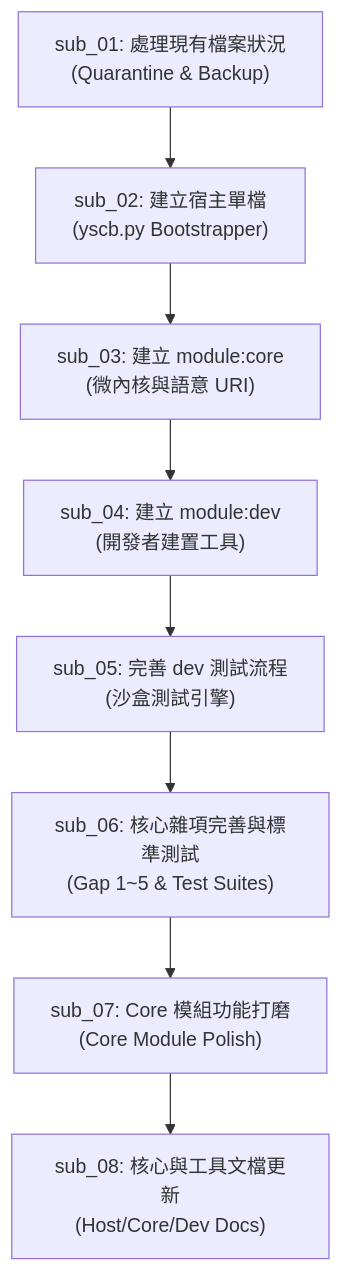
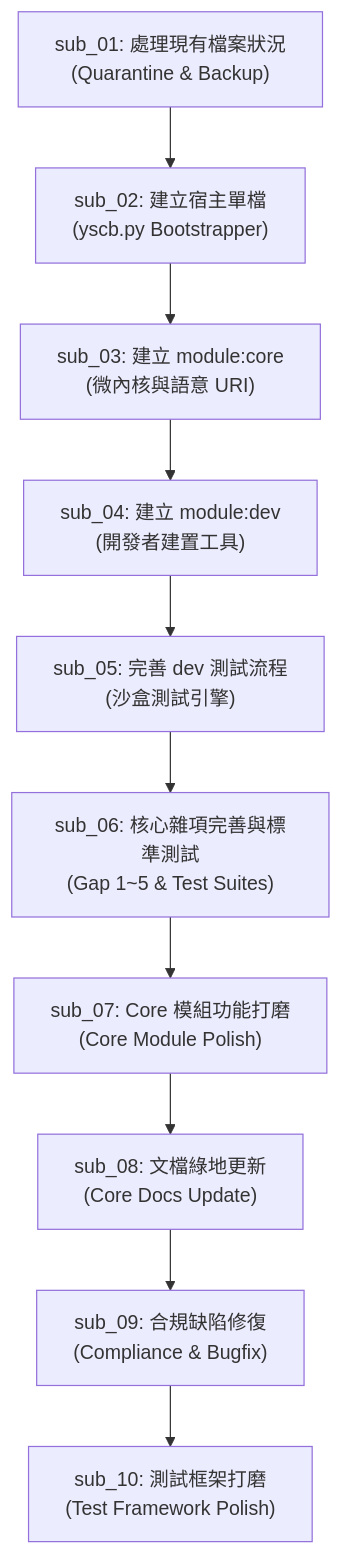
One commit to ysnaive/ys-codebase changed the diagram in plans/2026_08_23_2030_architecture_refactor/umbrella_overview.md. Above: the diagram before and after it, drawn with Mermaid. The commit also changed other lines of this file and 55 other files, not shown here.

Commit message:
feat(dev): polish testing lifecycle with 3-tier CLI & virtual sandbox

````diff
--- a/plans/2026_08_23_2030_architecture_refactor/umbrella_overview.md
+++ b/plans/2026_08_23_2030_architecture_refactor/umbrella_overview.md
@@ -38,10 +39,12 @@
 ```mermaid
 flowchart TD
     sub_01["sub_01: 處理現有檔案狀況<br/>(Quarantine & Backup)"] --> sub_02["sub_02: 建立宿主單檔<br/>(yscb.py Bootstrapper)"]
     sub_02 --> sub_03["sub_03: 建立 module:core<br/>(微內核與語意 URI)"]
     sub_03 --> sub_04["sub_04: 建立 module:dev<br/>(開發者建置工具)"]
     sub_04 --> sub_05["sub_05: 完善 dev 測試流程<br/>(沙盒測試引擎)"]
     sub_05 --> sub_06["sub_06: 核心雜項完善與標準測試<br/>(Gap 1~5 & Test Suites)"]
     sub_06 --> sub_07["sub_07: Core 模組功能打磨<br/>(Core Module Polish)"]
-    sub_07 --> sub_08["sub_08: 核心與工具文檔更新<br/>(Host/Core/Dev Docs)"]
+    sub_07 --> sub_08["sub_08: 文檔綠地更新<br/>(Core Docs Update)"]
+    sub_08 --> sub_09["sub_09: 合規缺陷修復<br/>(Compliance & Bugfix)"]
+    sub_09 --> sub_10["sub_10: 測試框架打磨<br/>(Test Framework Polish)"]
 ```
````
